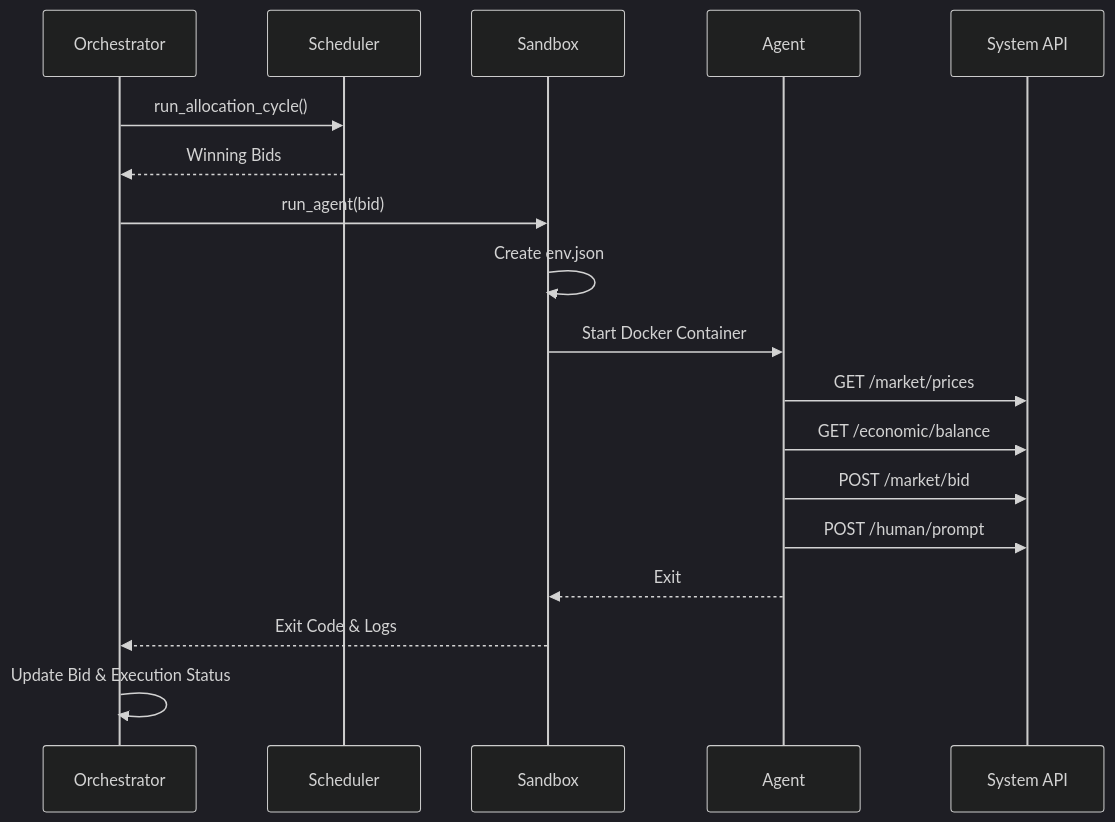
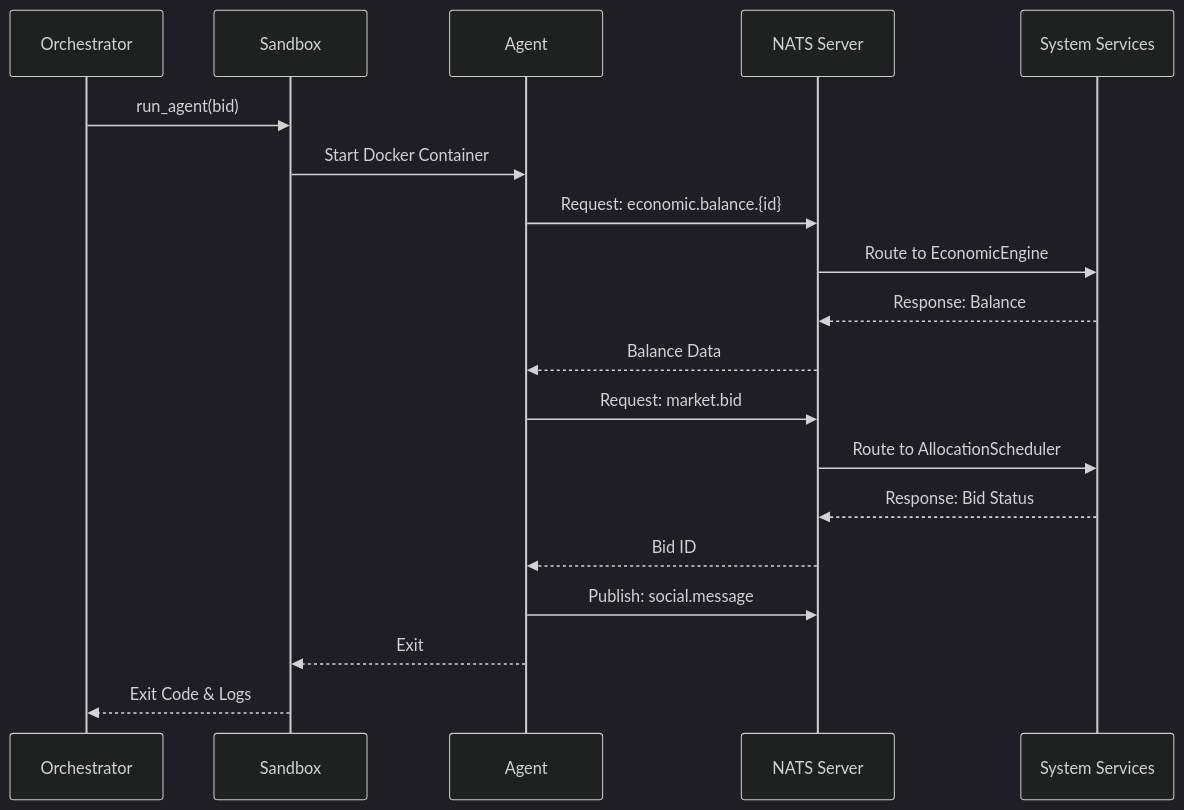
Before and after one commit to Ben-Pollard/syntropism: the second of 2 diagrams in docs/architecture/current_architecture.md, drawn with Mermaid (dark theme). The commit also changed other lines of this file and 56 other files, not shown here.

````diff
--- a/docs/architecture/current_architecture.md
+++ b/docs/architecture/current_architecture.md
@@ -34,21 +42,22 @@
 ```mermaid
 sequenceDiagram
     participant O as Orchestrator
-    participant S as Scheduler
     participant X as Sandbox
     participant A as Agent
-    participant API as System API
+    participant N as NATS Server
+    participant S as System Services
 
-    O->>S: run_allocation_cycle()
-    S-->>O: Winning Bids
     O->>X: run_agent(bid)
-    X->>X: Create env.json
     X->>A: Start Docker Container
-    A->>API: GET /market/prices
-    A->>API: GET /economic/balance
-    A->>API: POST /market/bid
-    A->>API: POST /human/prompt
+    A->>N: Request: economic.balance.{id}
+    N->>S: Route to EconomicEngine
+    S-->>N: Response: Balance
+    N-->>A: Balance Data
+    A->>N: Request: market.bid
+    N->>S: Route to AllocationScheduler
+    S-->>N: Response: Bid Status
+    N-->>A: Bid ID
+    A->>N: Publish: social.message
     A-->>X: Exit
     X-->>O: Exit Code & Logs
-    O->>O: Update Bid & Execution Status
 ```
````
